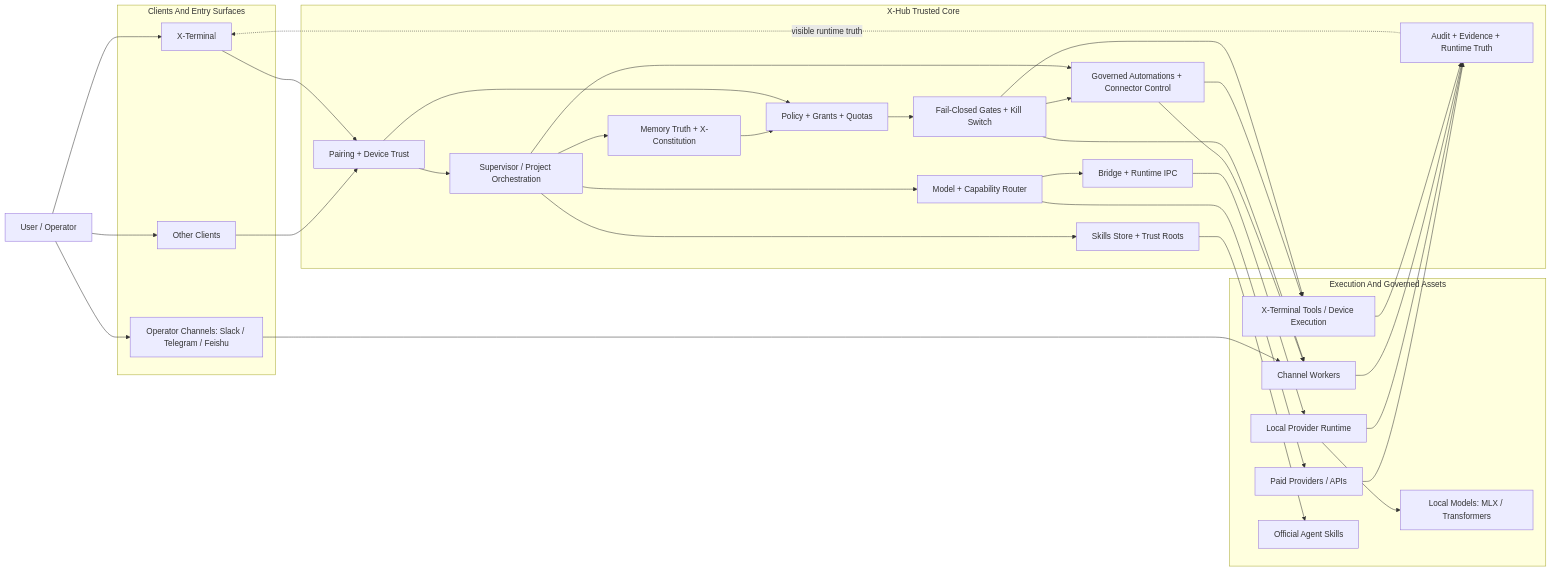
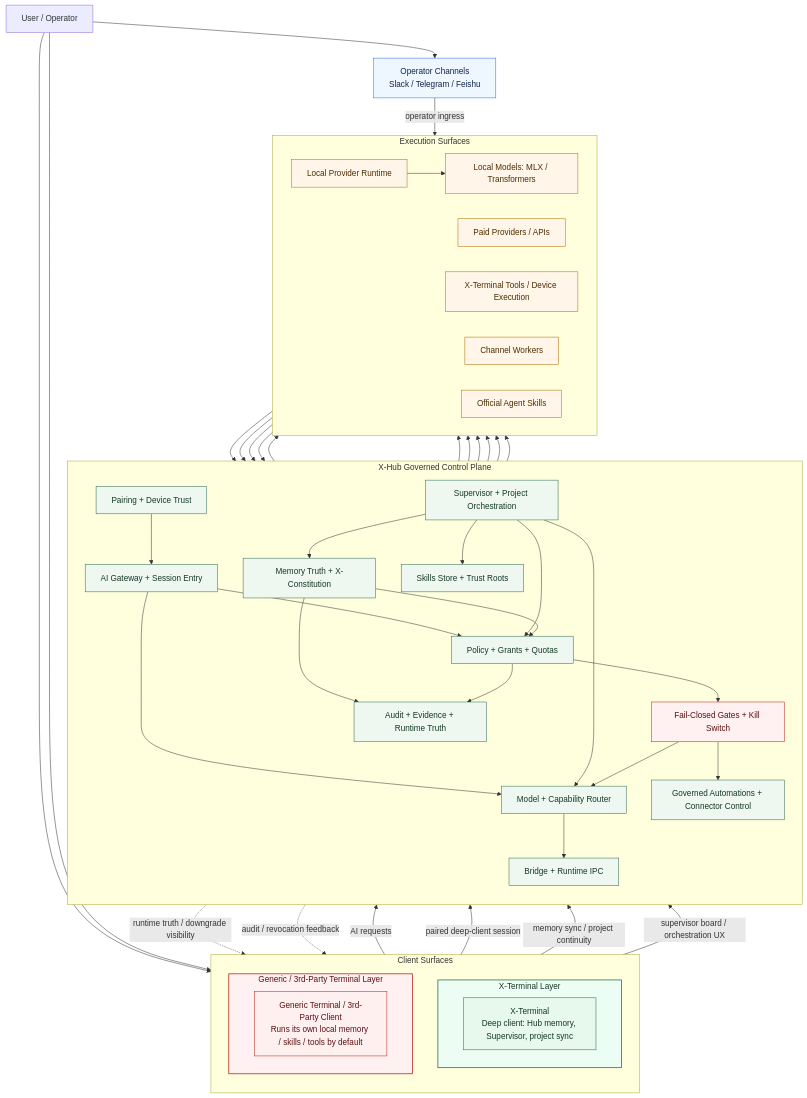
The diagram in README.md (AndrewXie-Rich/x-hub-system), drawn with Mermaid before and after one commit. The commit also changed other lines of this file and 29 other files, not shown here.

First line of the commit message:
feat: enhance channel adapters, official agent skills, and supervisor capabilities

````diff
--- a/README.md
+++ b/README.md
@@ -279,69 +279,106 @@
 ```mermaid
-flowchart LR
+flowchart TB
     U[User / Operator]
 
-    subgraph C[Clients And Entry Surfaces]
-        XT[X-Terminal]
-        CL[Other Clients]
-        OC[Operator Channels: Slack / Telegram / Feishu]
+    subgraph C[Client Surfaces]
+        direction TB
+        subgraph XTZ[X-Terminal Layer]
+            direction LR
+            XT[X-Terminal<br/>Deep client: Hub memory, Supervisor, project sync]
+        end
+        subgraph GTZ[Generic / 3rd-Party Terminal Layer]
+            direction LR
+            GT[Generic Terminal / 3rd-Party Client<br/>Runs its own local memory / skills / tools by default]
+        end
     end
 
-    subgraph H[X-Hub Trusted Core]
+    OC[Operator Channels<br/>Slack / Telegram / Feishu]
+
+    subgraph H[X-Hub Governed Control Plane]
+        direction TB
         PA[Pairing + Device Trust]
-        SUP[Supervisor / Project Orchestration]
+        AG[AI Gateway + Session Entry]
         MM[Memory Truth + X-Constitution]
+        SUP[Supervisor + Project Orchestration]
+        SK[Skills Store + Trust Roots]
         GP[Policy + Grants + Quotas]
-        SK[Skills Store + Trust Roots]
         MR[Model + Capability Router]
+        FG[Fail-Closed Gates + Kill Switch]
         AT[Governed Automations + Connector Control]
-        FG[Fail-Closed Gates + Kill Switch]
         IPC[Bridge + Runtime IPC]
         AU[Audit + Evidence + Runtime Truth]
     end
 
-    subgraph E[Execution And Governed Assets]
-        XTEX[X-Terminal Tools / Device Execution]
-        CHW[Channel Workers]
+    subgraph E[Execution Surfaces]
+        direction LR
         LPR[Local Provider Runtime]
         LM[Local Models: MLX / Transformers]
         PM[Paid Providers / APIs]
+        XTEX[X-Terminal Tools / Device Execution]
+        CHW[Channel Workers]
         OAS[Official Agent Skills]
     end
 
+    U --> GT
     U --> XT
-    U --> CL
     U --> OC
 
-    XT --> PA
-    CL --> PA
-    OC --> CHW
+    GT -->|AI requests| PA
+    XT -->|paired deep-client session| PA
+    OC -->|operator ingress| CHW
 
-    PA --> SUP
-    PA --> GP
+    PA --> AG
+    XT -->|memory sync / project continuity| MM
+    XT -->|supervisor board / orchestration UX| SUP
 
+    AG --> GP
+    AG --> MR
     SUP --> MM
     SUP --> SK
+    SUP --> GP
     SUP --> MR
-    SUP --> AT
 
     MM --> GP
     SK --> OAS
+
+    GP --> FG
+    FG --> MR
+    FG --> AT
+    FG --> XTEX
+    FG --> CHW
+
     MR --> IPC
     IPC --> LPR
     LPR --> LM
     MR --> PM
 
-    GP --> FG
-    FG --> XTEX
-    FG --> CHW
-    FG --> AT
-
     AT --> XTEX
     AT --> CHW
 
+    MM --> AU
+    GP --> AU
     XTEX --> AU
     CHW --> AU
     LPR --> AU
     PM --> AU
-    AU -. visible runtime truth .-> XT
+
+    AU -. runtime truth / downgrade visibility .-> XT
+    AU -. audit / revocation feedback .-> GT
+
+    style XTZ fill:#ecfdf3,stroke:#2d6a4f,stroke-width:1.5px,color:#163826;
+    style GTZ fill:#fff1f1,stroke:#b42318,stroke-width:1.5px,color:#5b1111;
+
+    classDef xtclient fill:#e7f8ec,stroke:#2d6a4f,color:#163826,stroke-width:1px;
+    classDef gtclient fill:#fff0f0,stroke:#b42318,color:#5b1111,stroke-width:1px;
+    classDef opclient fill:#eef6ff,stroke:#2f6fda,color:#0f2547,stroke-width:1px;
+    classDef hub fill:#eef8f1,stroke:#2d6a4f,color:#163826,stroke-width:1px;
+    classDef exec fill:#fff6e9,stroke:#b26a00,color:#4d2d00,stroke-width:1px;
+    classDef safety fill:#fff1f1,stroke:#b42318,color:#5b1111,stroke-width:1px;
+
+    class XT xtclient;
+    class GT gtclient;
+    class OC opclient;
+    class PA,AG,MM,SUP,SK,GP,MR,AT,IPC,AU hub;
+    class LPR,LM,PM,XTEX,CHW,OAS exec;
+    class FG safety;
 ```
````
